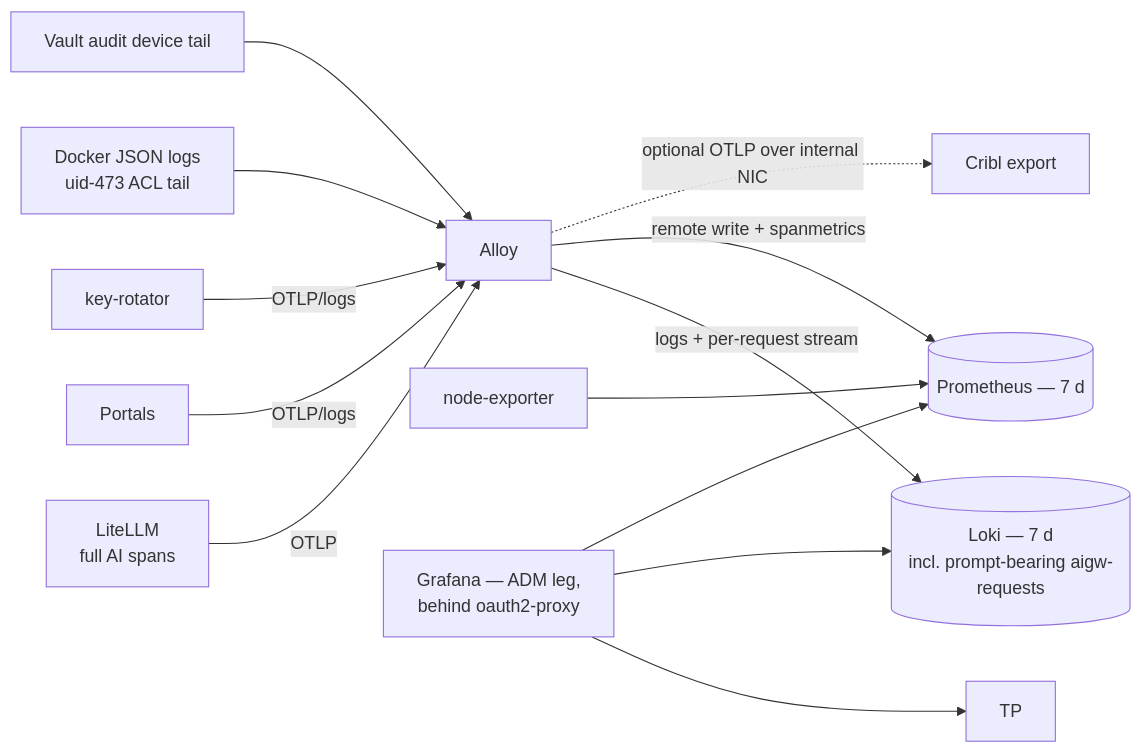
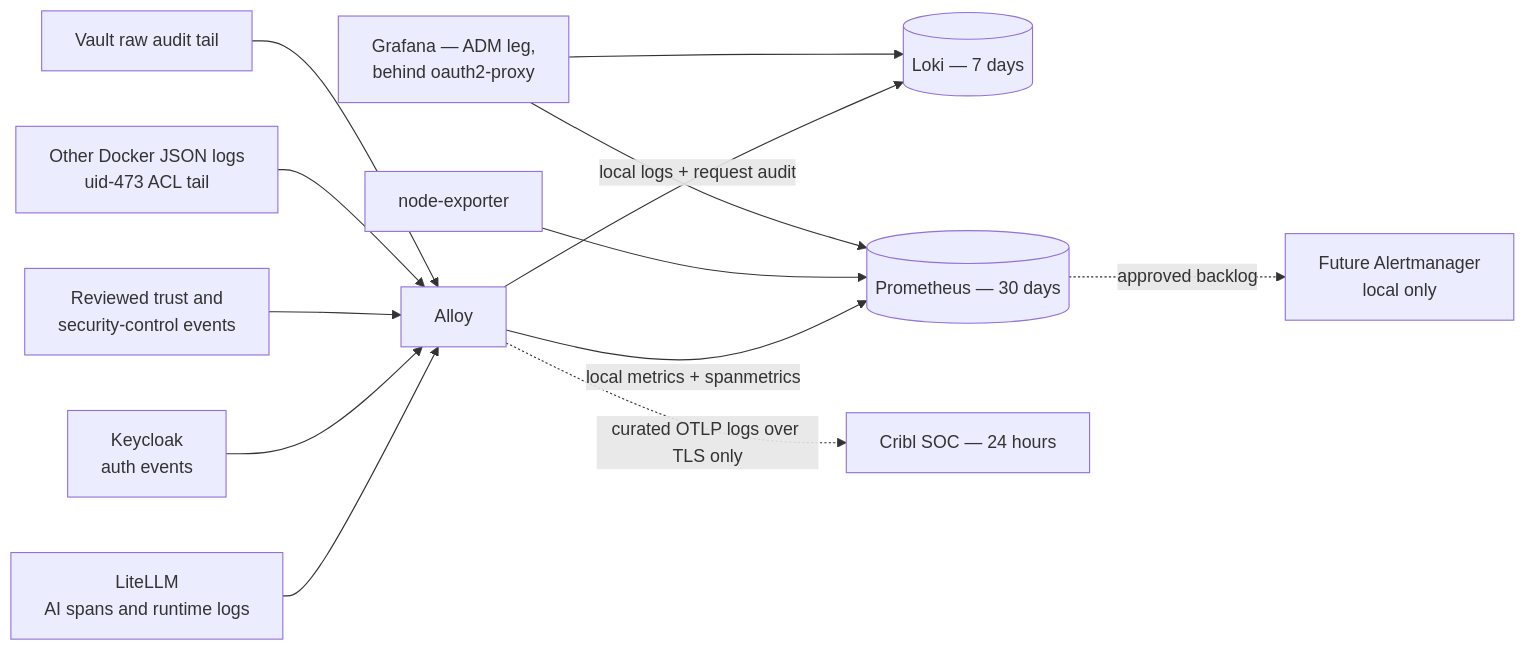
Before and after one commit to derhornspieler/ai-gateway: the ninth of 14 diagrams in docs/architecture-diagrams.md, drawn with Mermaid. The commit also changed other lines of this file and 339 other files, not shown here.

````diff
--- a/docs/architecture-diagrams.md
+++ b/docs/architecture-diagrams.md
@@ -209,14 +264,15 @@
 ```mermaid
 flowchart LR
-  LL[LiteLLM<br/>full AI spans] -->|OTLP| AL[Alloy]
-  DP[Portals] -->|OTLP/logs| AL
-  KR[key-rotator] -->|OTLP/logs| AL
-  DL[Docker JSON logs<br/>uid-473 ACL tail] --> AL
-  VA[Vault audit device tail] --> AL
+  LL[LiteLLM<br/>AI spans and runtime logs] --> AL[Alloy]
+  KC[Keycloak<br/>auth events] --> AL
+  SE[Reviewed trust and<br/>security-control events] --> AL
+  DL[Other Docker JSON logs<br/>uid-473 ACL tail] --> AL
+  VA[Vault raw audit tail] --> AL
 
-  AL -->|logs + per-request stream| LK[(Loki — 7 d<br/>incl. prompt-bearing aigw-requests)]
-  AL -->|remote write + spanmetrics| PR[(Prometheus — 7 d)]
+  AL -->|local logs + request audit| LK[(Loki — 7 days)]
+  AL -->|local metrics + spanmetrics| PR[(Prometheus — 30 days)]
   NE[node-exporter] --> PR
-  AL -.optional OTLP over internal NIC.-> CR[Cribl export]
-  GF[Grafana — ADM leg,<br/>behind oauth2-proxy] --> TP & LK & PR
+  PR -.approved backlog.-> AM[Future Alertmanager<br/>local only]
+  AL -.curated OTLP logs over TLS only.-> CR[Cribl SOC — 24 hours]
+  GF[Grafana — ADM leg,<br/>behind oauth2-proxy] --> LK & PR
 ```
````
